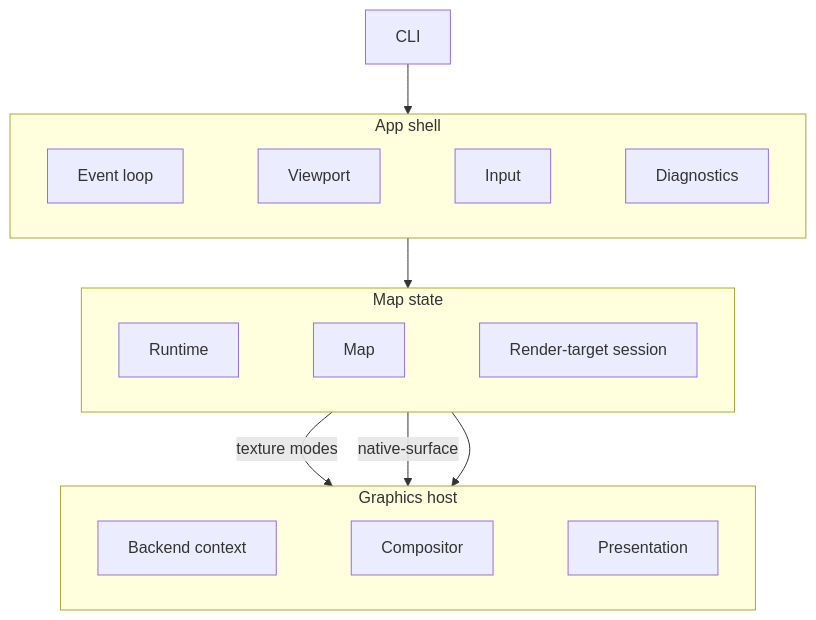
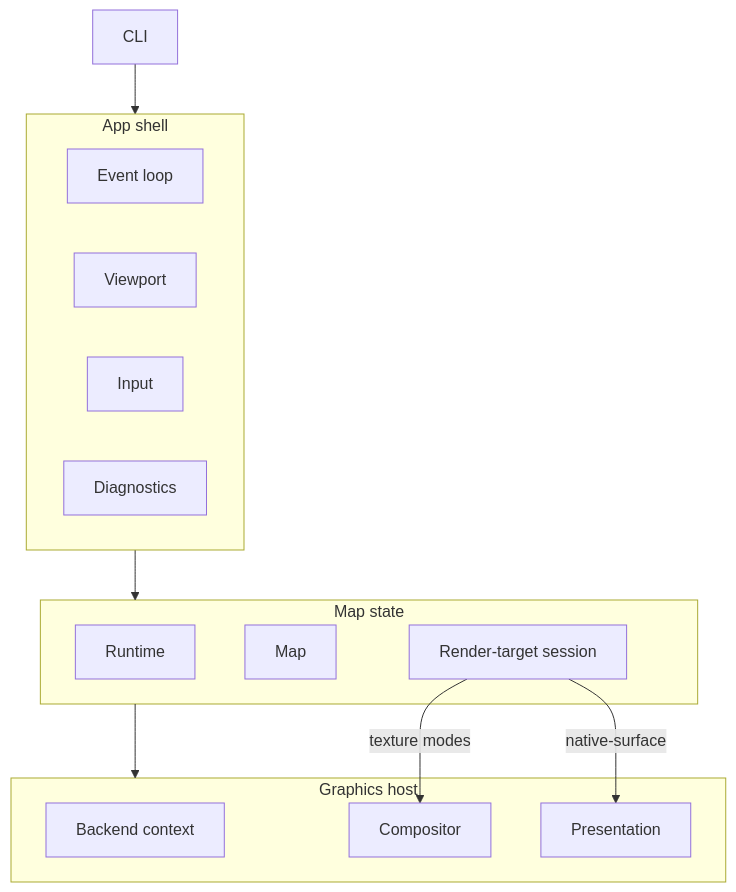
Before and after one commit to maplibre/maplibre-native-ffi: the first of 3 diagrams in docs/src/content/docs/development/specifications/map-example.md, drawn with Mermaid.

Commit message:
docs(spec): revert mermaid direction LR and invisible links

````diff
--- a/docs/src/content/docs/development/specifications/map-example.md
+++ b/docs/src/content/docs/development/specifications/map-example.md
@@ -127,20 +127,24 @@
 ```mermaid
 flowchart TB
   subgraph shell["App shell"]
-    direction LR
-    EL[Event loop] ~~~ VP[Viewport] ~~~ IN[Input] ~~~ DG[Diagnostics]
+    EL[Event loop]
+    VP[Viewport]
+    IN[Input]
+    DG[Diagnostics]
   end
   subgraph mapstate["Map state"]
-    direction LR
-    RT[Runtime] ~~~ MP[Map] ~~~ RS[Render-target session]
+    RT[Runtime]
+    MP[Map]
+    RS[Render-target session]
   end
   subgraph gfx["Graphics host"]
-    direction LR
-    BE[Backend context] ~~~ CP[Compositor] ~~~ SC[Presentation]
+    BE[Backend context]
+    CP[Compositor]
+    SC[Presentation]
   end
   CLI --> shell
   shell --> mapstate
   mapstate --> gfx
   RS -->|texture modes| CP
   RS -->|native-surface| SC
 ```
````
